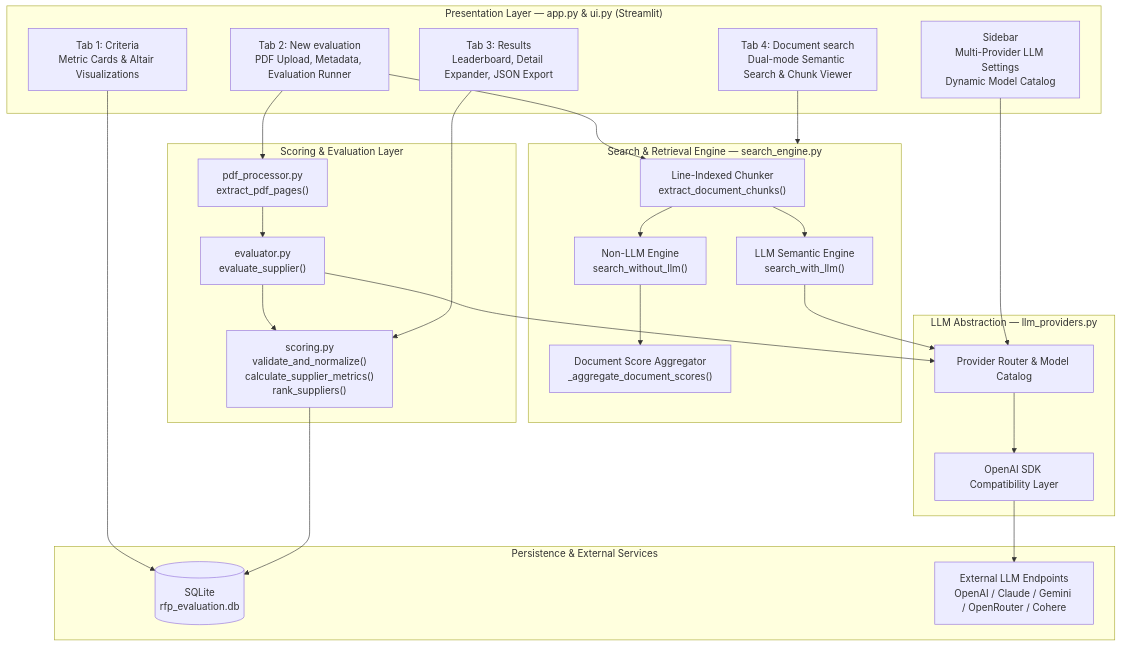
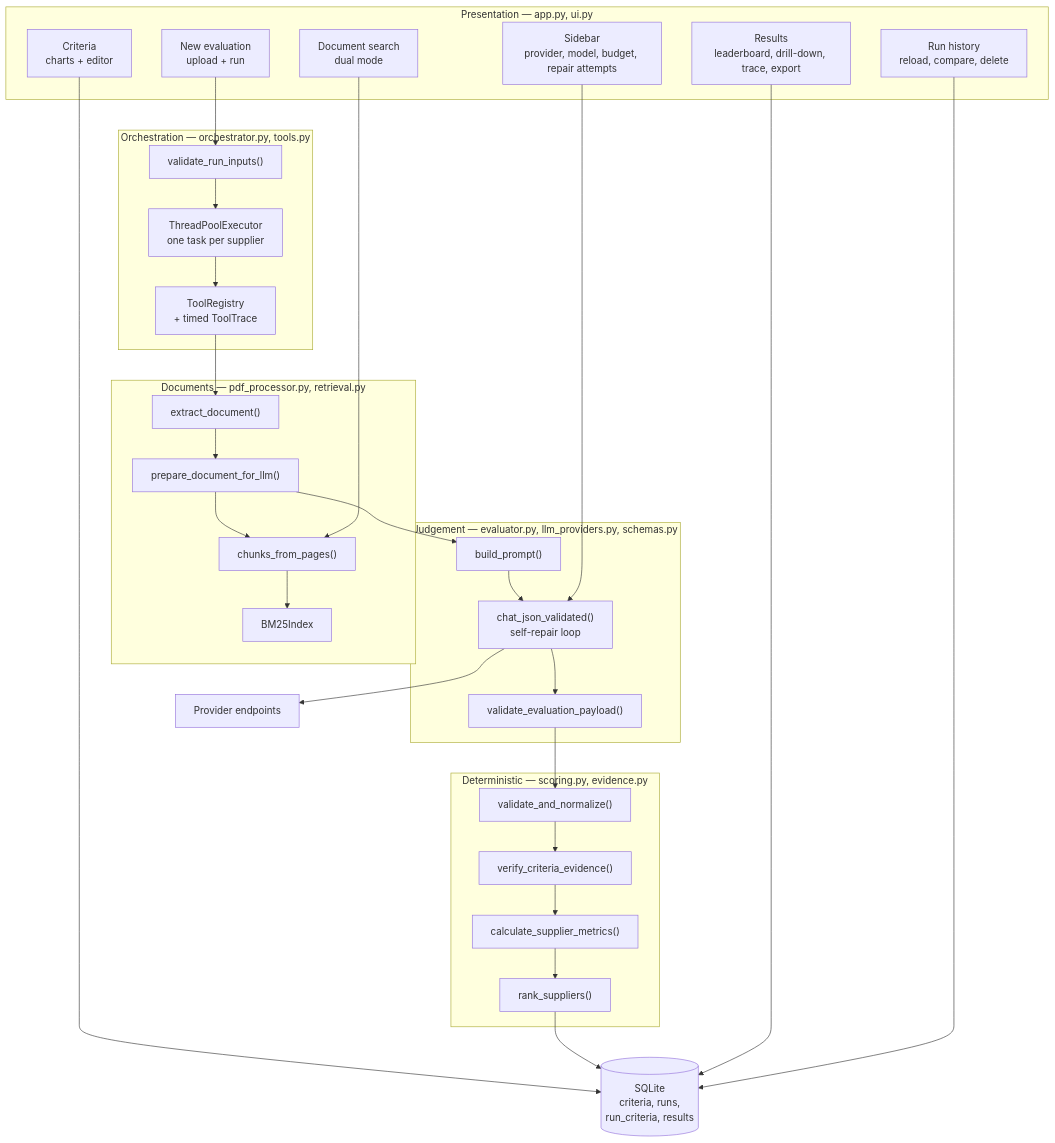
The first of 3 diagrams in TECHNICAL_DOCUMENTATION.md (johriprakhar/AI-Agentic-RFP-Evaluation), drawn with Mermaid before and after one commit. The commit also changed other lines of this file and 31 other files, not shown here.

````diff
--- a/TECHNICAL_DOCUMENTATION.md
+++ b/TECHNICAL_DOCUMENTATION.md
@@ -26,44 +30,51 @@
 ```mermaid
 graph TB
-    subgraph UI["Presentation Layer — app.py & ui.py (Streamlit)"]
-        SB["Sidebar<br/>Multi-Provider LLM Settings<br/>Dynamic Model Catalog"]
-        T1["Tab 1: Criteria<br/>Metric Cards & Altair Visualizations"]
-        T2["Tab 2: New evaluation<br/>PDF Upload, Metadata, Evaluation Runner"]
-        T3["Tab 3: Results<br/>Leaderboard, Detail Expander, JSON Export"]
-        T4["Tab 4: Document search<br/>Dual-mode Semantic Search & Chunk Viewer"]
+    subgraph UI["Presentation — app.py, ui.py"]
+        SB["Sidebar<br/>provider, model, budget, repair attempts"]
+        T1["Criteria<br/>charts + editor"]
+        T2["New evaluation<br/>upload + run"]
+        T3["Results<br/>leaderboard, drill-down, trace, export"]
+        T4["Run history<br/>reload, compare, delete"]
+        T5["Document search<br/>dual mode"]
     end
 
-    subgraph SEARCH["Search & Retrieval Engine — search_engine.py"]
-        CHUNKER["Line-Indexed Chunker<br/>extract_document_chunks()"]
-        BM25["Non-LLM Engine<br/>search_without_llm()"]
-        LLM_SEARCH["LLM Semantic Engine<br/>search_with_llm()"]
-        DOC_RANK["Document Score Aggregator<br/>_aggregate_document_scores()"]
+    subgraph ORCH["Orchestration — orchestrator.py, tools.py"]
+        VAL["validate_run_inputs()"]
+        POOL["ThreadPoolExecutor<br/>one task per supplier"]
+        REG["ToolRegistry<br/>+ timed ToolTrace"]
     end
 
-    subgraph LOGIC["Scoring & Evaluation Layer"]
-        PDF["pdf_processor.py<br/>extract_pdf_pages()"]
-        EVAL["evaluator.py<br/>evaluate_supplier()"]
-        SCORE["scoring.py<br/>validate_and_normalize()<br/>calculate_supplier_metrics()<br/>rank_suppliers()"]
+    subgraph DOC["Documents — pdf_processor.py, retrieval.py"]
+        EXT["extract_document()"]
+        PREP["prepare_document_for_llm()"]
+        CHUNK["chunks_from_pages()"]
+        BM25["BM25Index"]
     end
 
-    subgraph PROVIDERS["LLM Abstraction — llm_providers.py"]
-        ROUTER["Provider Router & Model Catalog"]
-        CLIENT["OpenAI SDK Compatibility Layer"]
+    subgraph JUDGE["Judgement — evaluator.py, llm_providers.py, schemas.py"]
+        PROMPT["build_prompt()"]
+        LOOP["chat_json_validated()<br/>self-repair loop"]
+        SCHEMA["validate_evaluation_payload()"]
     end
 
-    subgraph DATA["Persistence & External Services"]
-        DB[("SQLite<br/>rfp_evaluation.db")]
-        EXT_API["External LLM Endpoints<br/>OpenAI / Claude / Gemini / OpenRouter / Cohere"]
+    subgraph DET["Deterministic — scoring.py, evidence.py"]
+        NORM["validate_and_normalize()"]
+        VERIFY["verify_criteria_evidence()"]
+        METRICS["calculate_supplier_metrics()"]
+        RANK["rank_suppliers()"]
     end
 
+    DB[("SQLite<br/>criteria, runs,<br/>run_criteria, results")]
+    API["Provider endpoints"]
+
     T1 --> DB
-    T2 --> PDF --> EVAL --> SCORE --> DB
-    T2 --> CHUNKER
-    T3 --> SCORE
-    T4 --> SEARCH
-    CHUNKER --> BM25 --> DOC_RANK
-    CHUNKER --> LLM_SEARCH --> ROUTER
-    EVAL --> ROUTER
-    ROUTER --> CLIENT --> EXT_API
-    SB --> ROUTER
+    T2 --> VAL --> POOL --> REG
+    REG --> EXT --> PREP --> PROMPT --> LOOP --> SCHEMA
+    LOOP --> API
+    SCHEMA --> NORM --> VERIFY --> METRICS --> RANK --> DB
+    PREP --> CHUNK --> BM25
+    T3 --> DB
+    T4 --> DB
+    T5 --> CHUNK
+    SB --> LOOP
 ```
````
